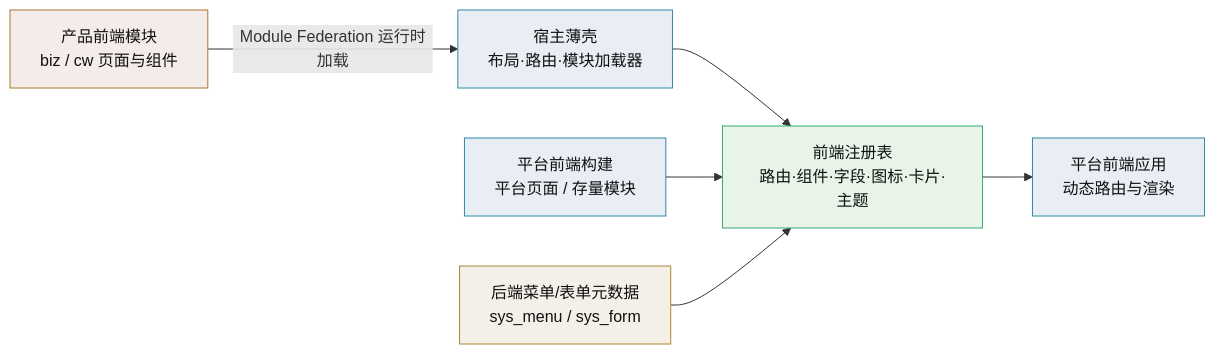
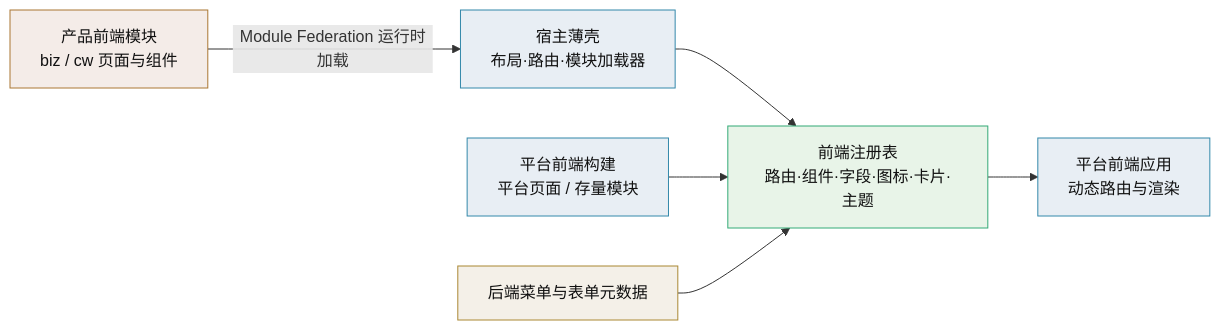
Before and after one commit to minjian123/basic-management-system: the fourth of 4 diagrams in bms文档/设计/架构设计/10_架构设计_子系统_扩展点与插件化.md, drawn with Mermaid. The commit also changed other lines of this file and 18 other files, not shown here.

````diff
--- a/bms文档/设计/架构设计/10_架构设计_子系统_扩展点与插件化.md
+++ b/bms文档/设计/架构设计/10_架构设计_子系统_扩展点与插件化.md
@@ -218,13 +193,13 @@
 ```mermaid
 flowchart LR
     MOD["产品前端模块<br/>biz / cw 页面与组件"]:::m -->|"Module Federation 运行时加载"| SHELL["宿主薄壳<br/>布局·路由·模块加载器"]:::b
     SHELL --> REG["前端注册表<br/>路由·组件·字段·图标·卡片·主题"]:::r
     BUILD["平台前端构建<br/>平台页面 / 存量模块"]:::b --> REG
-    MENU["后端菜单/表单元数据<br/>sys_menu / sys_form"]:::s --> REG
+    MENU["后端菜单与表单元数据"]:::s --> REG
     REG --> APP["平台前端应用<br/>动态路由与渲染"]:::a
     classDef m fill:#f4ece8,stroke:#a73,color:#111
     classDef b fill:#e8eef4,stroke:#38a,color:#111
     classDef r fill:#e8f4e8,stroke:#3a7,color:#111
     classDef s fill:#f4f0e8,stroke:#a83,color:#111
     classDef a fill:#e8eef4,stroke:#38a,color:#111
 ```
````
